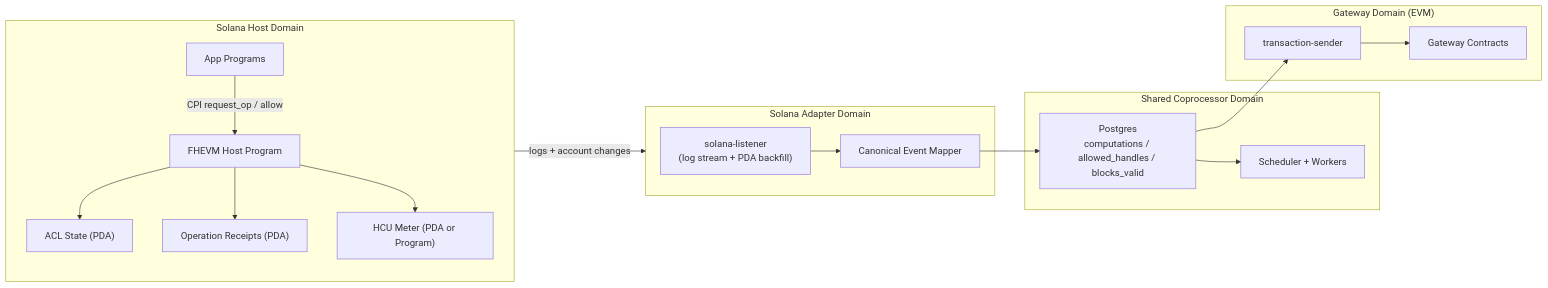
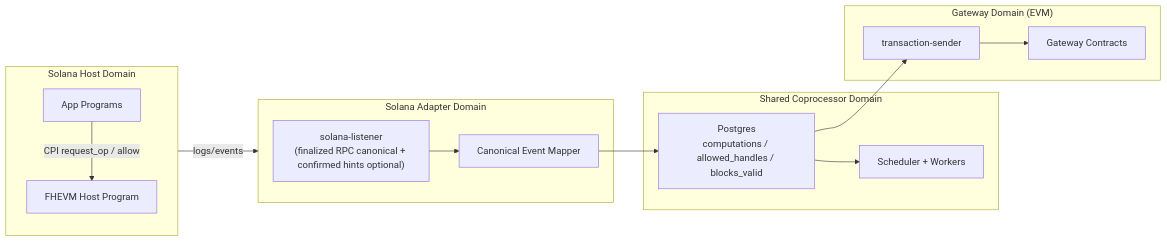
The first of 2 diagrams in docs/protocol/explorations/solana-host-listener/SOLANA_ARCHITECTURE.md (zama-ai/fhevm), drawn with Mermaid before and after one commit. The commit also changed other lines of this file and 5 other files, not shown here.

Commit message:
docs(solana): refresh plan, architecture, and issue-aligned status

````diff
--- a/docs/protocol/explorations/solana-host-listener/SOLANA_ARCHITECTURE.md
+++ b/docs/protocol/explorations/solana-host-listener/SOLANA_ARCHITECTURE.md
@@ -22,36 +22,30 @@
 ```mermaid
 flowchart LR
   subgraph SOL["Solana Host Domain"]
     APP["App Programs"]
     HOST["FHEVM Host Program"]
-    ACL["ACL State (PDA)"]
-    REC["Operation Receipts (PDA)"]
-    HCU["HCU Meter (PDA or Program)"]
     APP -->|"CPI request_op / allow"| HOST
-    HOST --> ACL
-    HOST --> REC
-    HOST --> HCU
   end
 
   subgraph ADP["Solana Adapter Domain"]
-    LSN["solana-listener\n(log stream + PDA backfill)"]
+    LSN["solana-listener\n(finalized RPC canonical + confirmed hints optional)"]
     MAP["Canonical Event Mapper"]
     LSN --> MAP
   end
 
   subgraph CORE["Shared Coprocessor Domain"]
     DB["Postgres\ncomputations / allowed_handles / blocks_valid"]
     SCH["Scheduler + Workers"]
     MAP --> DB
     DB --> SCH
   end
 
   subgraph GW["Gateway Domain (EVM)"]
     TXS["transaction-sender"]
     GWC["Gateway Contracts"]
     DB --> TXS
     TXS --> GWC
   end
 
-  SOL -->|"logs + account changes"| ADP
+  SOL -->|"logs/events"| ADP
 ```
````
